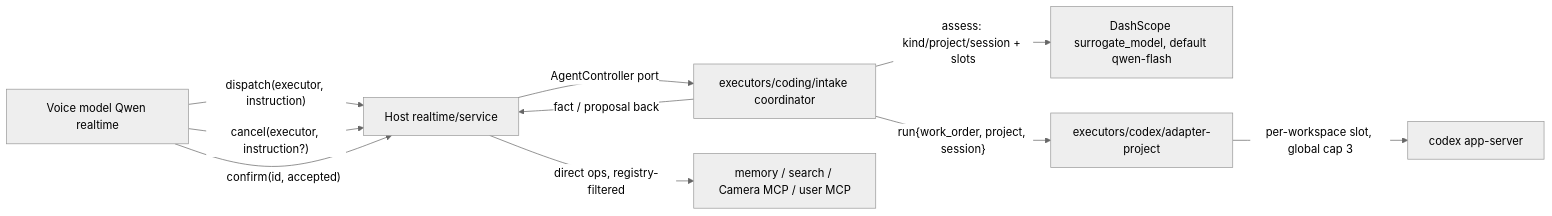
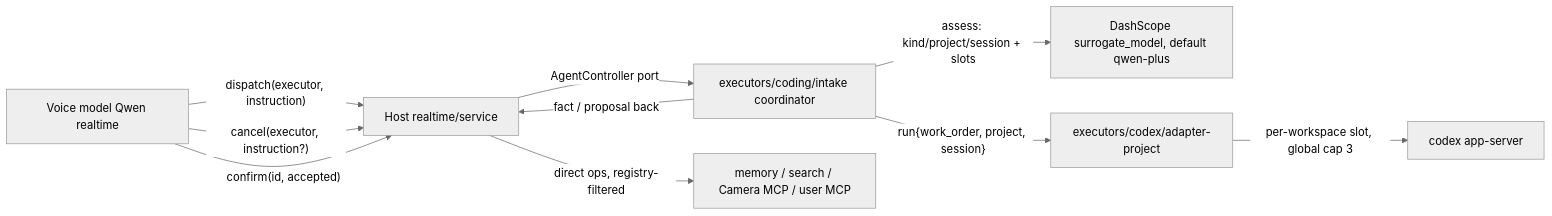
Before and after one commit to FishWoWater/NovaAudioAgent: the diagram in docs/specs/v0.2.0/08-project-and-work.md, drawn with Mermaid (neutral theme). The commit also changed other lines of this file and 25 other files, not shown here.

````diff
--- a/docs/specs/v0.2.0/08-project-and-work.md
+++ b/docs/specs/v0.2.0/08-project-and-work.md
@@ -103,12 +103,12 @@
 ```mermaid
 flowchart LR
   Voice[Voice model Qwen realtime] -->|"dispatch(executor, instruction)"| Host[Host realtime/service]
   Voice -->|"cancel(executor, instruction?)"| Host
   Voice -->|"confirm(id, accepted)"| Host
   Host -->|"AgentController port"| Intake[executors/coding/intake coordinator]
-  Intake -->|"assess: kind/project/session + slots"| LLM[DashScope surrogate_model, default qwen-flash]
+  Intake -->|"assess: kind/project/session + slots"| LLM[DashScope surrogate_model, default qwen-plus]
   Intake -->|"fact / proposal back"| Host
   Intake -->|"run{work_order, project, session}"| Adapter[executors/codex/adapter-project]
   Adapter -->|"per-workspace slot, global cap 3"| Codex[codex app-server]
   Host -->|"direct ops, registry-filtered"| Others[memory / search / Camera MCP / user MCP]
 ```
````
